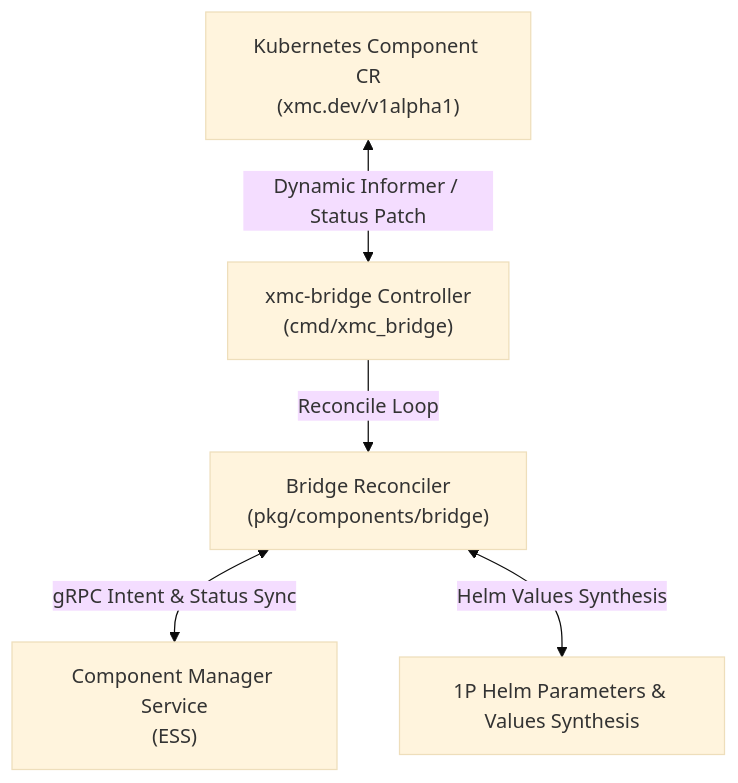
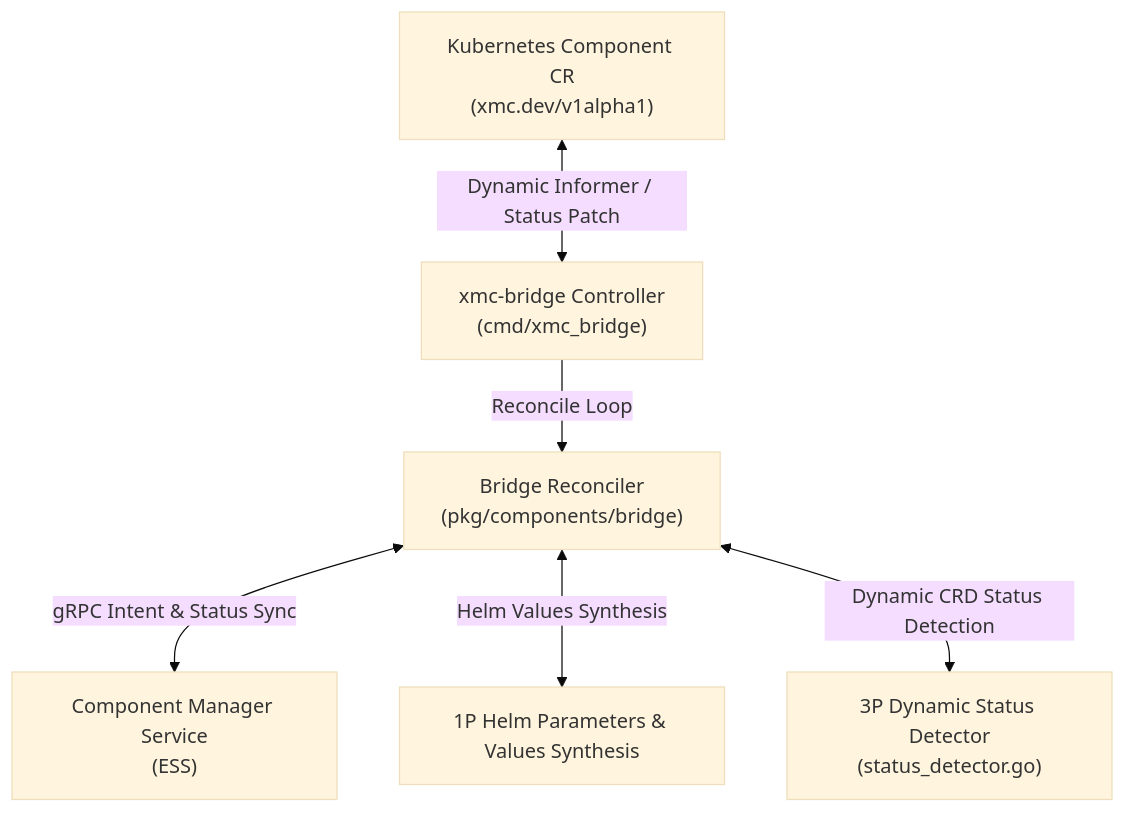
One commit to google/xmc changed the diagram in pkg/components/bridge/README.md. Above: the diagram before and after it, drawn with Mermaid (base theme). The commit also changed other lines of this file, not shown here.

Commit message:
docs(components): document 3p crd dynamic status detector baseline in bridge readme

````diff
--- a/pkg/components/bridge/README.md
+++ b/pkg/components/bridge/README.md
@@ -9,7 +9,8 @@
 ```mermaid
 graph TD
     CR["Kubernetes Component CR<br>(xmc.dev/v1alpha1)"] <-->|"Dynamic Informer / Status Patch"| Bridge["xmc-bridge Controller<br>(cmd/xmc_bridge)"]
     Bridge -->|"Reconcile Loop"| Reconciler["Bridge Reconciler<br>(pkg/components/bridge)"]
     Reconciler <-->|"gRPC Intent & Status Sync"| CMS["Component Manager Service<br>(ESS)"]
     Reconciler <-->|"Helm Values Synthesis"| Helm["1P Helm Parameters & Values Synthesis"]
+    Reconciler <-->|"Dynamic CRD Status Detection"| Detector["3P Dynamic Status Detector<br>(status_detector.go)"]
 ```
````
